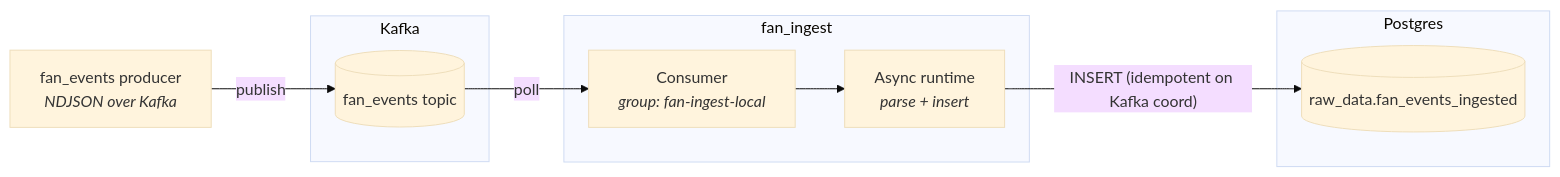
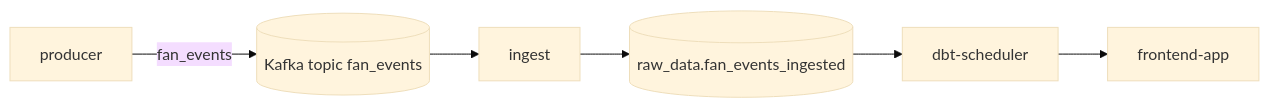
One commit to mberetvas/blauw_zwart_pipeline changed the diagram in src/fan_ingest/README.md. Above: the diagram before and after it, drawn with Mermaid (base theme). The commit also changed other lines of this file and 8 other files, not shown here.

````diff
--- a/src/fan_ingest/README.md
+++ b/src/fan_ingest/README.md
@@ -7,19 +15,8 @@
 ```mermaid
 flowchart LR
-    producer["fan_events producer<br/><i>NDJSON over Kafka</i>"]
-    subgraph kafka ["Kafka"]
-        topic[("fan_events topic")]
-    end
-    subgraph svc ["fan_ingest"]
-        consumer["Consumer<br/><i>group: fan-ingest-local</i>"]
-        runtime["Async runtime<br/><i>parse + insert</i>"]
-    end
-    subgraph pg ["Postgres"]
-        table[("raw_data.fan_events_ingested")]
-    end
-
-    producer -- "publish" --> topic
-    topic -- "poll" --> consumer
-    consumer --> runtime
-    runtime -- "INSERT (idempotent on Kafka coord)" --> table
+    producer["producer"] -- "fan_events" --> topic[("Kafka topic fan_events")]
+    topic --> ingest["ingest"]
+    ingest --> table[("raw_data.fan_events_ingested")]
+    table --> dbt["dbt-scheduler"]
+    dbt --> frontend["frontend-app"]
 ```
````
